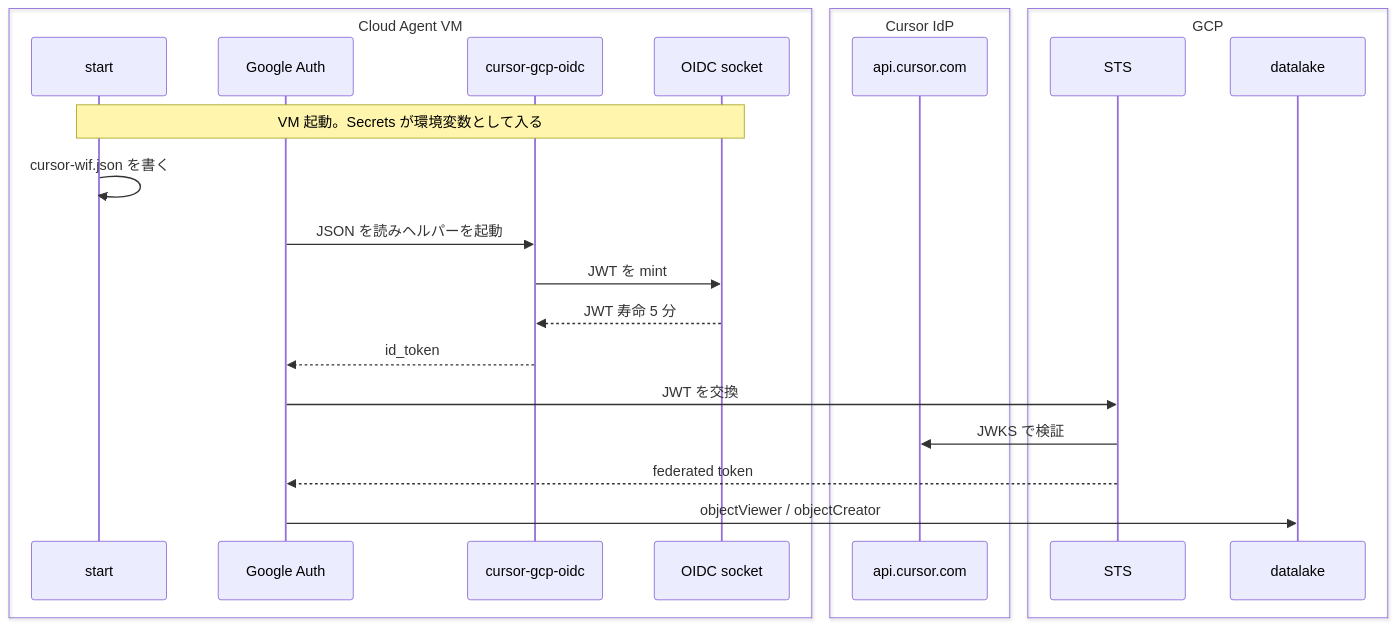
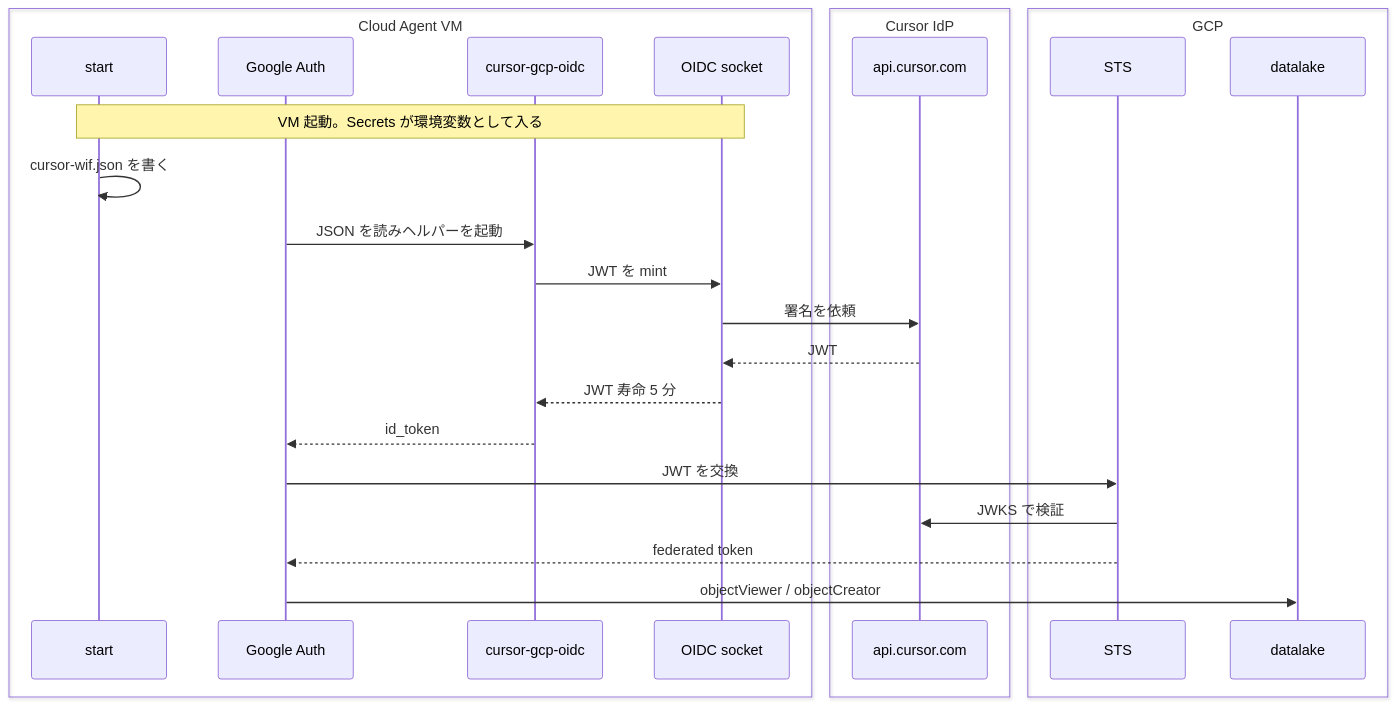
Before and after one commit to haru-256/devgist: the diagram in docs/runbooks/cursor-cloud-oidc-wif.md, drawn with Mermaid.

Commit message:
docs: show OIDC socket mint going through api.cursor.com
The local socket is only the VM endpoint. Signing happens at the
Cursor IdP.

````diff
--- a/docs/runbooks/cursor-cloud-oidc-wif.md
+++ b/docs/runbooks/cursor-cloud-oidc-wif.md
@@ -9,27 +9,29 @@
 ```mermaid
 sequenceDiagram
   box Cloud Agent VM
     participant Start as start
     participant Auth as Google Auth
     participant Helper as cursor-gcp-oidc
     participant Socket as OIDC socket
   end
   box Cursor IdP
     participant Cursor as api.cursor.com
   end
   box GCP
     participant Sts as STS
     participant Gcs as datalake
   end
 
   Note over Start,Socket: VM 起動。Secrets が環境変数として入る
   Start->>Start: cursor-wif.json を書く
   Auth->>Helper: JSON を読みヘルパーを起動
   Helper->>Socket: JWT を mint
+  Socket->>Cursor: 署名を依頼
+  Cursor-->>Socket: JWT
   Socket-->>Helper: JWT 寿命 5 分
   Helper-->>Auth: id_token
   Auth->>Sts: JWT を交換
   Sts->>Cursor: JWKS で検証
   Sts-->>Auth: federated token
   Auth->>Gcs: objectViewer / objectCreator
 ```
````
